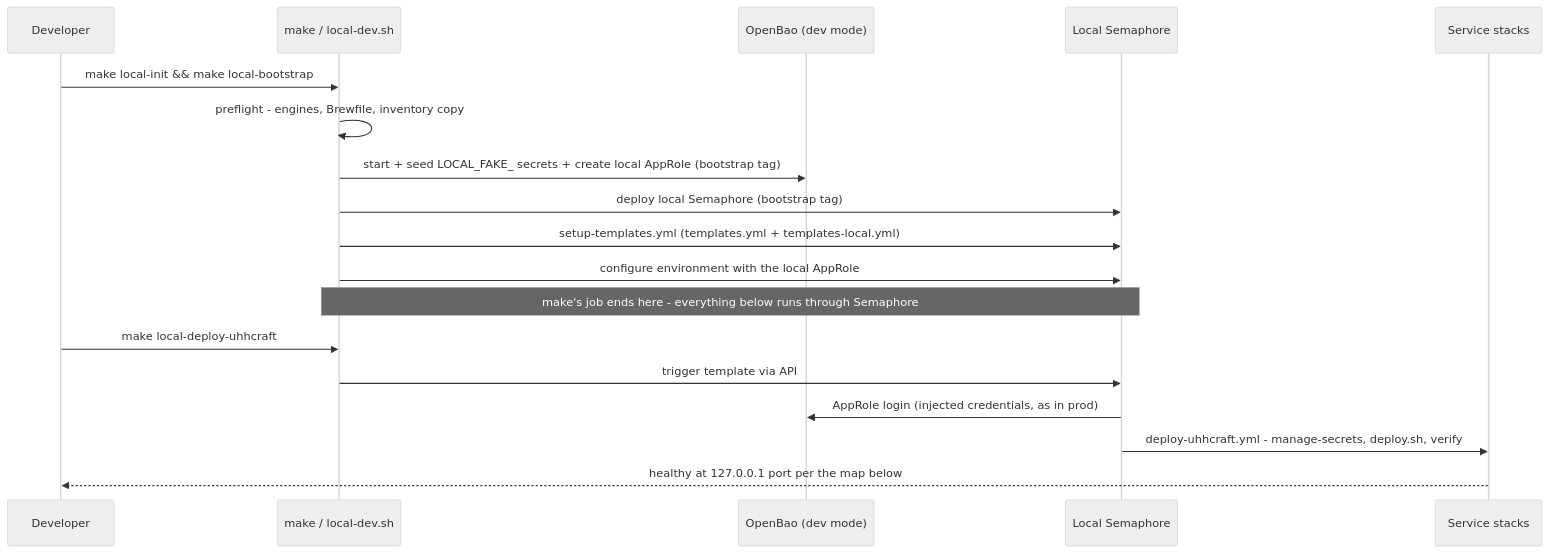
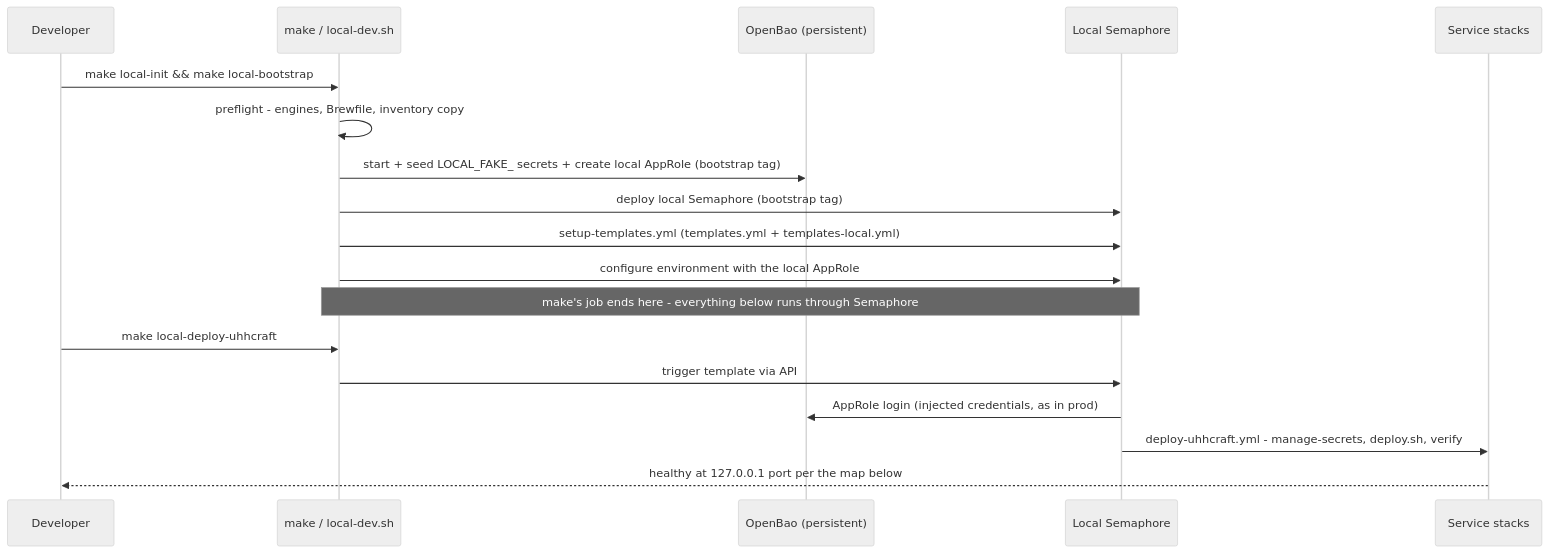
The third of 4 diagrams in plan/development/LOCAL-DEV-DEPLOYMENT.md (uhstray-io/agent-cloud), drawn with Mermaid (neutral theme) before and after one commit. The commit also changed other lines of this file and 4 other files, not shown here.

First line of the commit message:
feat(local-dev): persist OpenBao on a file backend

````diff
--- a/plan/development/LOCAL-DEV-DEPLOYMENT.md
+++ b/plan/development/LOCAL-DEV-DEPLOYMENT.md
@@ -122,21 +122,21 @@
 ```mermaid
 sequenceDiagram
     participant DEV as Developer
     participant MAKE as make / local-dev.sh
-    participant BAO as OpenBao (dev mode)
+    participant BAO as OpenBao (persistent)
     participant SEM as Local Semaphore
     participant SVC as Service stacks
 
     DEV->>MAKE: make local-init && make local-bootstrap
     MAKE->>MAKE: preflight - engines, Brewfile, inventory copy
     MAKE->>BAO: start + seed LOCAL_FAKE_ secrets + create local AppRole (bootstrap tag)
     MAKE->>SEM: deploy local Semaphore (bootstrap tag)
     MAKE->>SEM: setup-templates.yml (templates.yml + templates-local.yml)
     MAKE->>SEM: configure environment with the local AppRole
     Note over MAKE,SEM: make's job ends here - everything below runs through Semaphore
     DEV->>MAKE: make local-deploy-uhhcraft
     MAKE->>SEM: trigger template via API
     SEM->>BAO: AppRole login (injected credentials, as in prod)
     SEM->>SVC: deploy-uhhcraft.yml - manage-secrets, deploy.sh, verify
     SVC-->>DEV: healthy at 127.0.0.1 port per the map below
 ```
````
